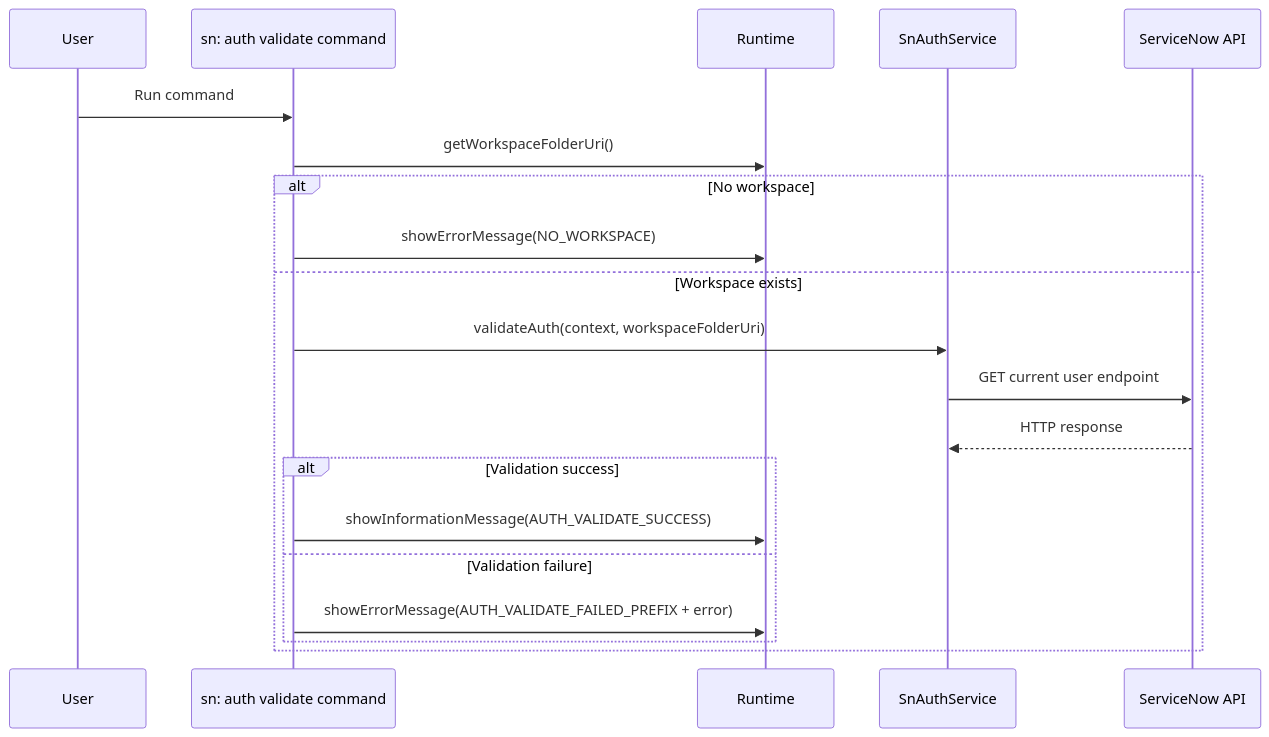
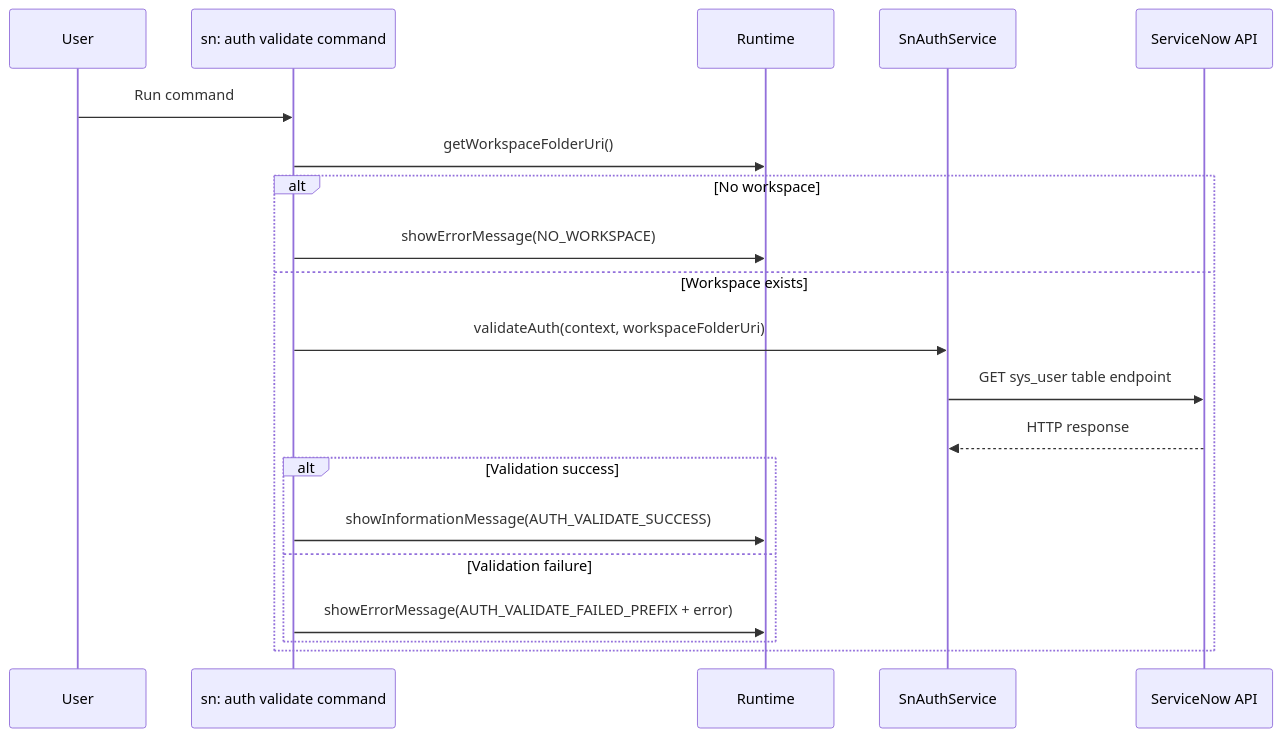
Before and after one commit to AlexAlvarez092/sn-sync: the diagram in docs/sn-auth-validate.md, drawn with Mermaid. The commit also changed other lines of this file and 46 other files, not shown here.

````diff
--- a/docs/sn-auth-validate.md
+++ b/docs/sn-auth-validate.md
@@ -59,23 +62,23 @@
 ```mermaid
 sequenceDiagram
 	participant U as User
 	participant C as sn: auth validate command
 	participant R as Runtime
 	participant S as SnAuthService
 	participant N as ServiceNow API
 
 	U->>C: Run command
 	C->>R: getWorkspaceFolderUri()
 	alt No workspace
 		C->>R: showErrorMessage(NO_WORKSPACE)
 	else Workspace exists
 		C->>S: validateAuth(context, workspaceFolderUri)
-		S->>N: GET current user endpoint
+		S->>N: GET sys_user table endpoint
 		N-->>S: HTTP response
 		alt Validation success
 			C->>R: showInformationMessage(AUTH_VALIDATE_SUCCESS)
 		else Validation failure
 			C->>R: showErrorMessage(AUTH_VALIDATE_FAILED_PREFIX + error)
 		end
 	end
 ```
````
